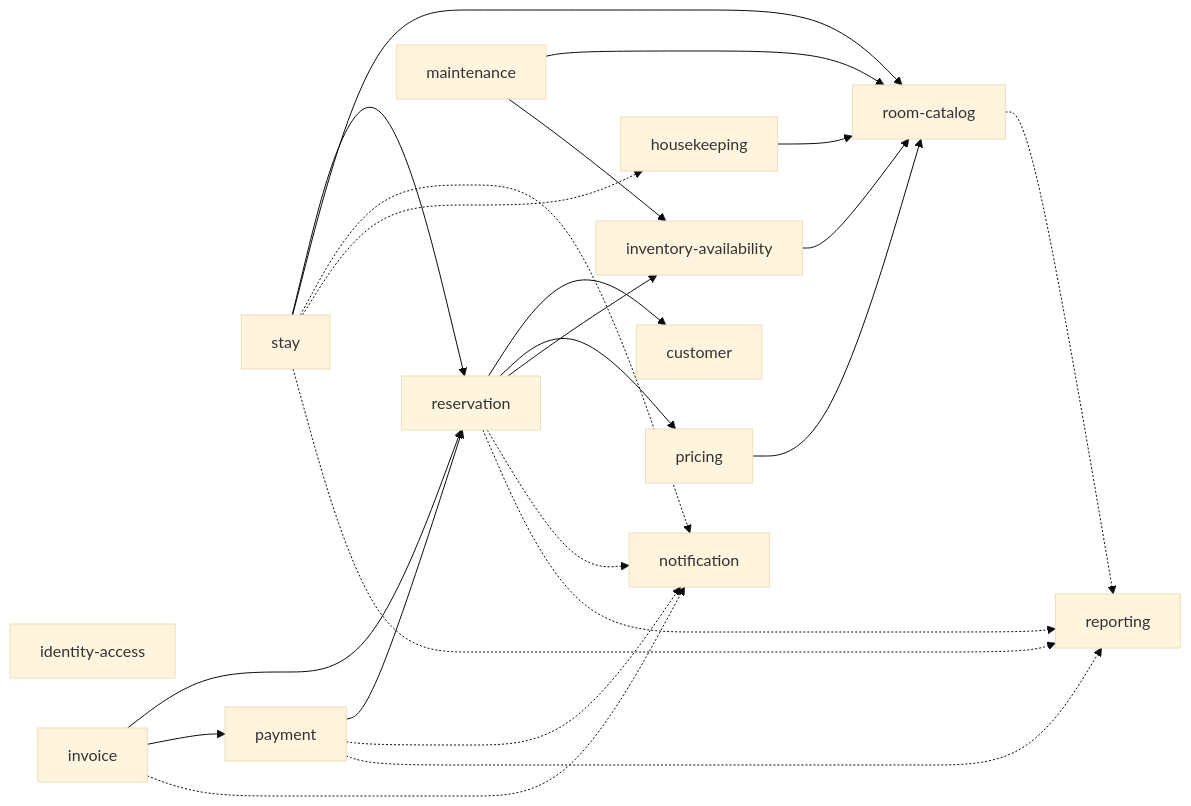
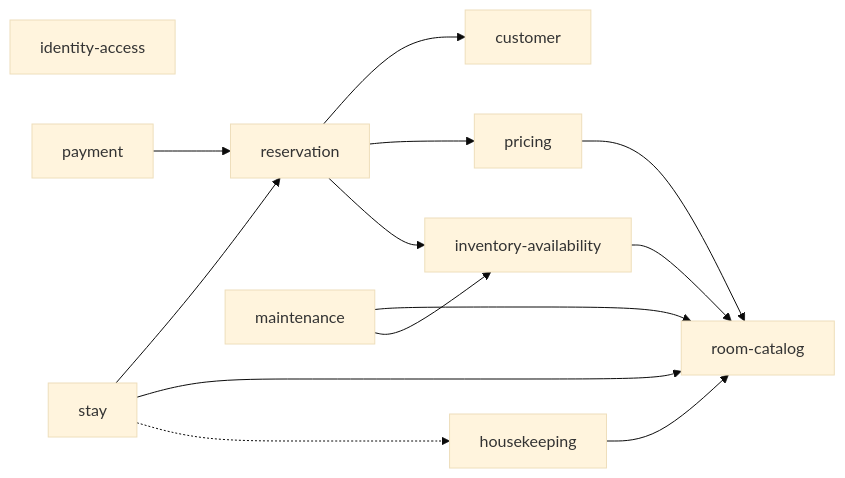
Before and after one commit to dinhhuy-dev/hotel-api: the second of 2 diagrams in docs/architecture.md, drawn with Mermaid (base theme). The commit also changed other lines of this file and 7 other files, not shown here.

````diff
--- a/docs/architecture.md
+++ b/docs/architecture.md
@@ -71,41 +65,27 @@
 ```mermaid
 flowchart LR
     Identity["identity-access"]
     Customer["customer"]
     Rooms["room-catalog"]
     Pricing["pricing"]
     Inventory["inventory-availability"]
     Reservation["reservation"]
     Stay["stay"]
     Payment["payment"]
-    Invoice["invoice"]
     Housekeeping["housekeeping"]
     Maintenance["maintenance"]
-    Notification["notification"]
-    Reporting["reporting"]
 
     Pricing --> Rooms
     Inventory --> Rooms
     Reservation --> Customer
     Reservation --> Pricing
     Reservation --> Inventory
     Stay --> Reservation
     Stay --> Rooms
     Payment --> Reservation
-    Invoice --> Reservation
-    Invoice --> Payment
     Housekeeping --> Rooms
     Maintenance --> Rooms
     Maintenance --> Inventory
 
-    Reservation -.-> Notification
-    Stay -.-> Notification
-    Payment -.-> Notification
-    Invoice -.-> Notification
     Stay -.-> Housekeeping
-
-    Rooms -.-> Reporting
-    Reservation -.-> Reporting
-    Stay -.-> Reporting
-    Payment -.-> Reporting
 ```
````
